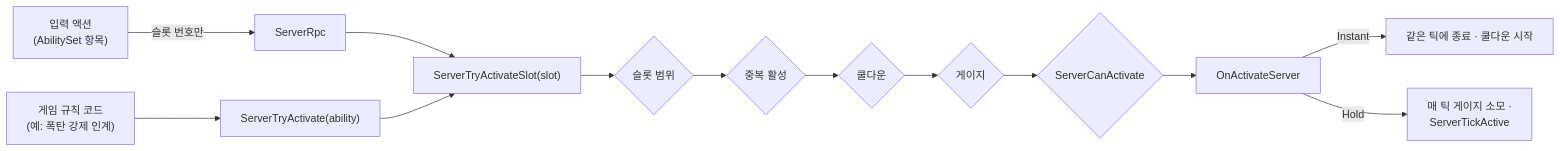
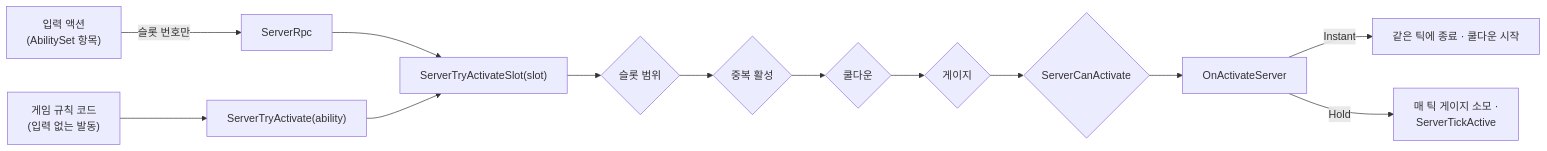
One commit to jch618/SynchronizedPanic-Portfolio changed the second of 2 diagrams in docs/03-ability.md. Above: the diagram before and after it, drawn with Mermaid. The commit also changed other lines of this file and 3 other files, not shown here.

````diff
--- a/docs/03-ability.md
+++ b/docs/03-ability.md
@@ -69,11 +69,11 @@
 ```mermaid
 flowchart LR
     Input["입력 액션<br/>(AbilitySet 항목)"] -- "슬롯 번호만" --> RPC["ServerRpc"]
-    Code["게임 규칙 코드<br/>(예: 폭탄 강제 인계)"] --> Try["ServerTryActivate(ability)"]
+    Code["게임 규칙 코드<br/>(입력 없는 발동)"] --> Try["ServerTryActivate(ability)"]
     RPC --> Slot["ServerTryActivateSlot(slot)"]
     Try --> Slot
     Slot --> C1{"슬롯 범위"} --> C2{"중복 활성"} --> C3{"쿨다운"} --> C4{"게이지"} --> C5{"ServerCanActivate"}
     C5 --> Act["OnActivateServer"]
     Act -- Instant --> End["같은 틱에 종료 · 쿨다운 시작"]
     Act -- Hold --> Tick["매 틱 게이지 소모 ·<br/>ServerTickActive"]
 ```
````
